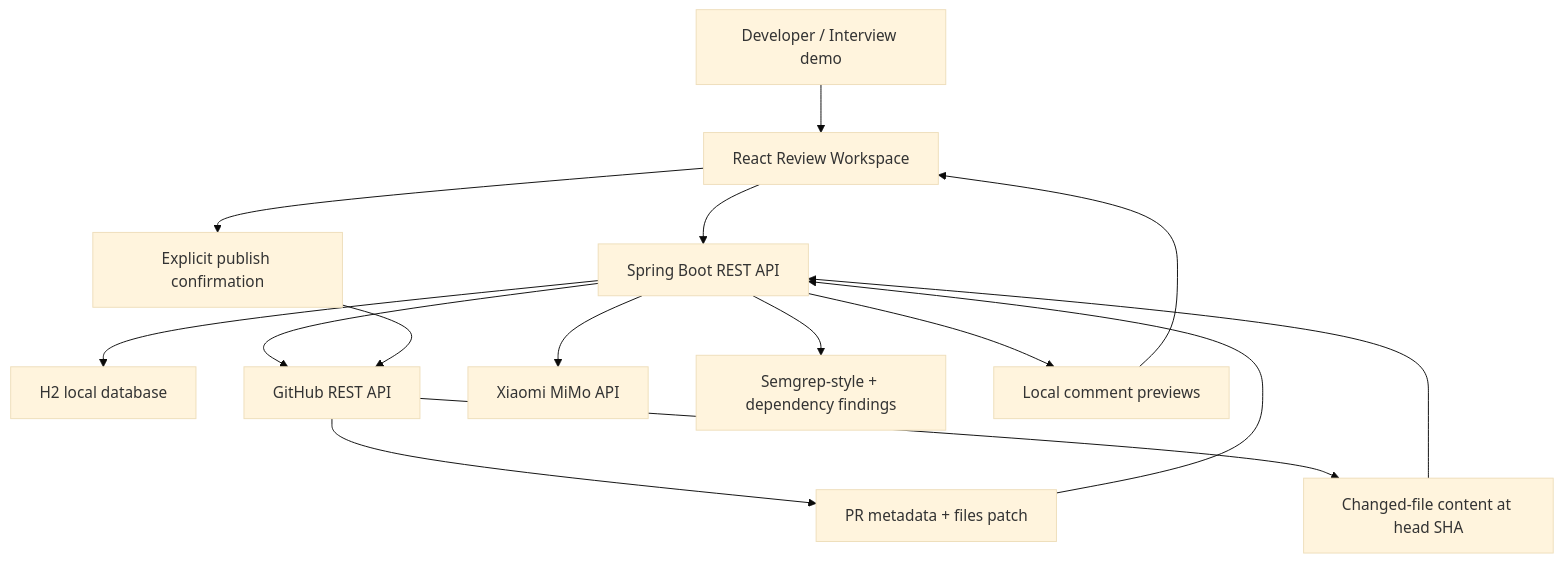
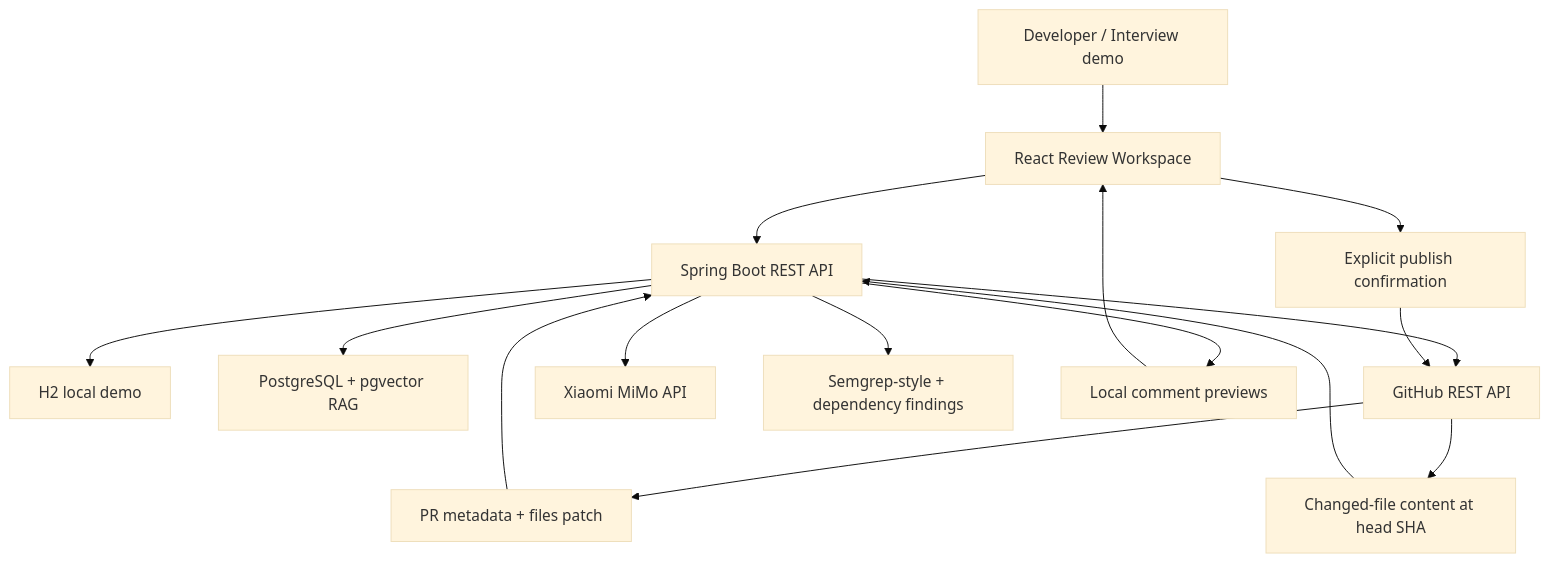
One commit to alexbyte1334/CodeReviewX changed the first of 2 diagrams in README.md. Above: the diagram before and after it, drawn with Mermaid (base theme). The commit also changed other lines of this file and 4 other files, not shown here.

````diff
--- a/README.md
+++ b/README.md
@@ -170,17 +170,18 @@
 ```mermaid
 flowchart TD
     User["Developer / Interview demo"] --> Frontend["React Review Workspace"]
     Frontend --> Backend["Spring Boot REST API"]
-    Backend --> H2["H2 local database"]
+    Backend --> H2["H2 local demo"]
+    Backend --> PG["PostgreSQL + pgvector RAG"]
     Backend --> GitHub["GitHub REST API"]
     Backend --> MiMo["Xiaomi MiMo API"]
     GitHub --> Metadata["PR metadata + files patch"]
     GitHub --> Context["Changed-file content at head SHA"]
     Metadata --> Backend
     Context --> Backend
     Backend --> Static["Semgrep-style + dependency findings"]
     Backend --> Preview["Local comment previews"]
     Preview --> Frontend
     Frontend --> Publish["Explicit publish confirmation"]
     Publish --> GitHub
 ```
````
